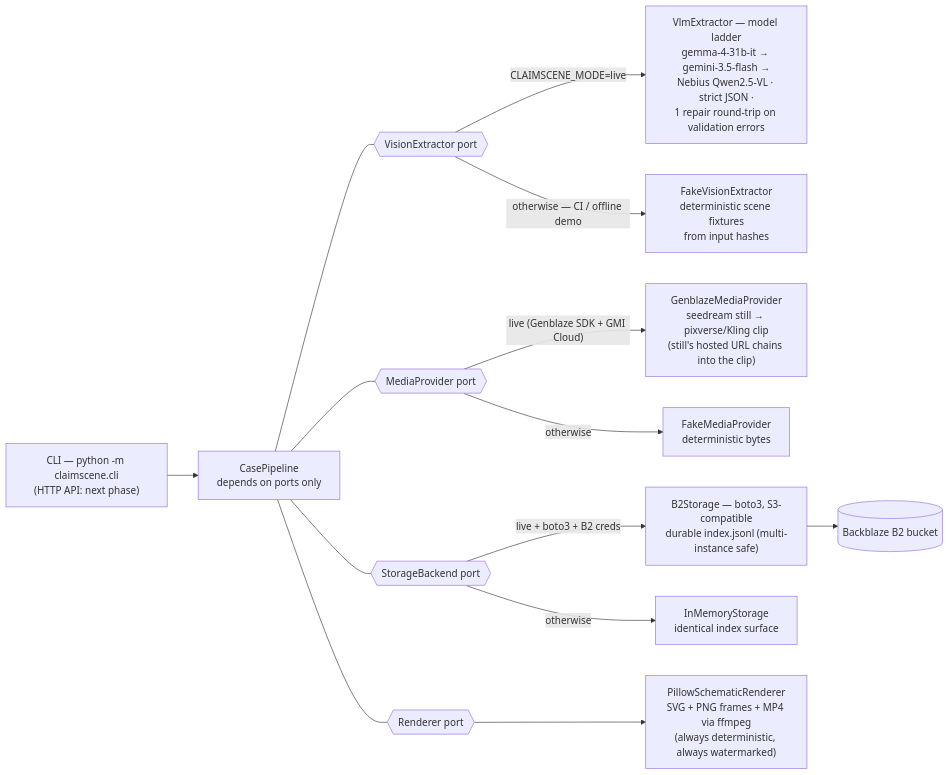
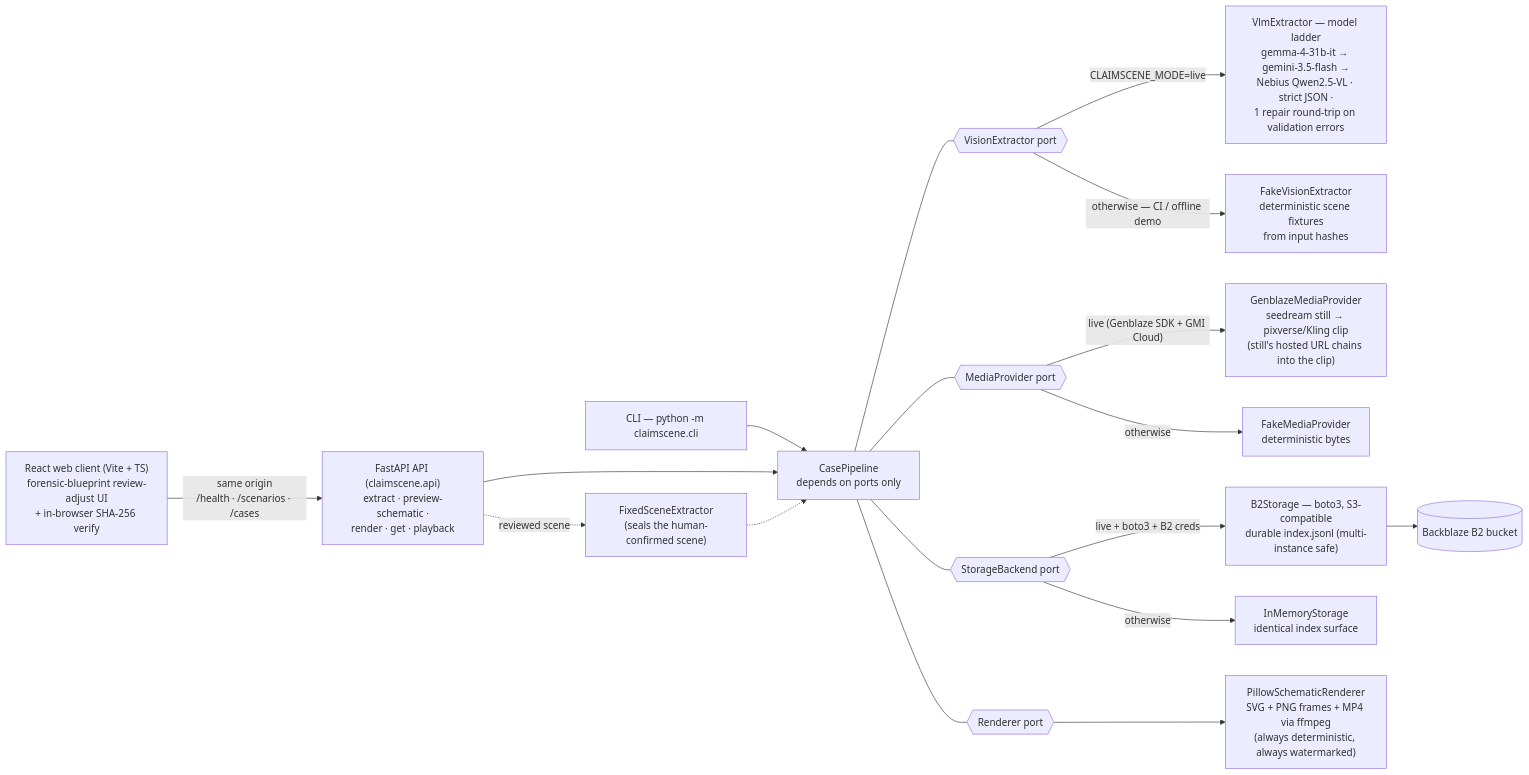
The second of 2 diagrams in README.md (upgradedev/claimscene), drawn with Mermaid before and after one commit. The commit also changed other lines of this file and 70 other files, not shown here.

First line of the commit message:
feat: web app — API, blueprint review-adjust UI, provenance verify, deploy assets (#2)

````diff
--- a/README.md
+++ b/README.md
@@ -62,16 +68,20 @@
 ```mermaid
 flowchart LR
-    CLI["CLI — python -m claimscene.cli<br/>(HTTP API: next phase)"] --> PIPE["CasePipeline<br/>depends on ports only"]
+    WEB["React web client (Vite + TS)<br/>forensic-blueprint review-adjust UI<br/>+ in-browser SHA-256 verify"] -->|"same origin<br/>/health · /scenarios · /cases"| API
+    CLI["CLI — python -m claimscene.cli"] --> PIPE
+    API["FastAPI API (claimscene.api)<br/>extract · preview-schematic ·<br/>render · get · playback"] --> PIPE["CasePipeline<br/>depends on ports only"]
+    API -.->|"reviewed scene"| FSE["FixedSceneExtractor<br/>(seals the human-confirmed scene)"]
+    FSE -.-> PIPE
     PIPE --- VE{{"VisionExtractor port"}}
     PIPE --- MP{{"MediaProvider port"}}
     PIPE --- SB{{"StorageBackend port"}}
     PIPE --- RD{{"Renderer port"}}
     VE -->|"CLAIMSCENE_MODE=live"| VEL["VlmExtractor — model ladder<br/>gemma-4-31b-it → gemini-3.5-flash →<br/>Nebius Qwen2.5-VL · strict JSON ·<br/>1 repair round-trip on validation errors"]
     VE -->|"otherwise — CI / offline demo"| VEF["FakeVisionExtractor<br/>deterministic scene fixtures<br/>from input hashes"]
     MP -->|"live (Genblaze SDK + GMI Cloud)"| MPL["GenblazeMediaProvider<br/>seedream still → pixverse/Kling clip<br/>(still's hosted URL chains into the clip)"]
     MP -->|"otherwise"| MPF["FakeMediaProvider<br/>deterministic bytes"]
     SB -->|"live + boto3 + B2 creds"| B2S["B2Storage — boto3, S3-compatible<br/>durable index.jsonl (multi-instance safe)"]
     SB -->|"otherwise"| IMS["InMemoryStorage<br/>identical index surface"]
     RD --> PSR["PillowSchematicRenderer<br/>SVG + PNG frames + MP4 via ffmpeg<br/>(always deterministic, always watermarked)"]
     B2S --> B2[("Backblaze B2 bucket")]
 ```
````
